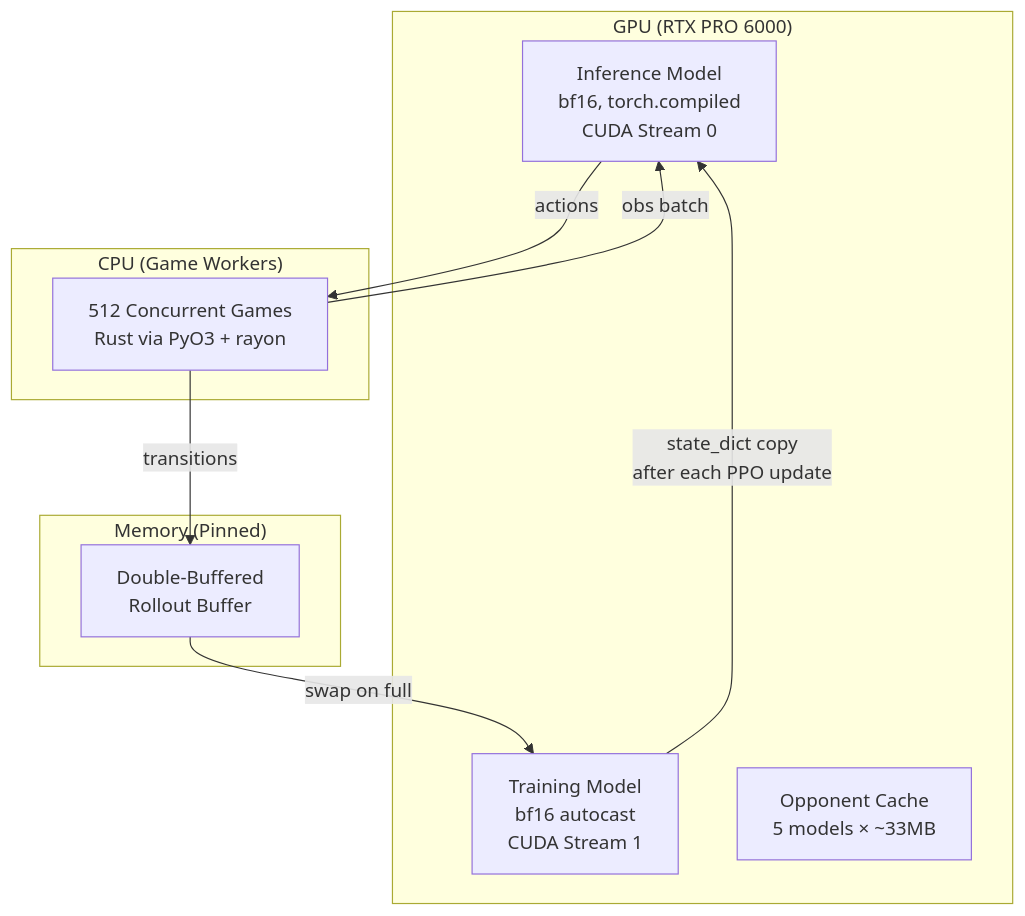
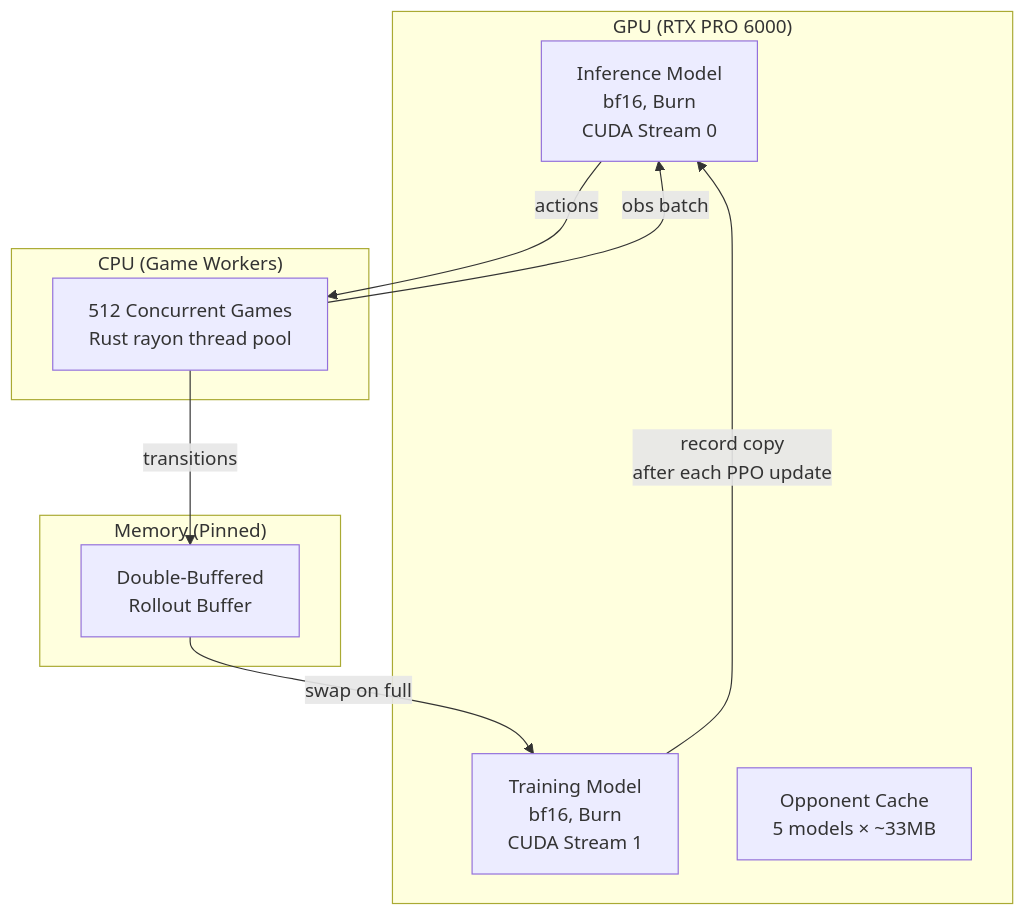
One commit to NikkeTryHard/hydra changed the fifth of 7 diagrams in research/INFRASTRUCTURE.md. Above: the diagram before and after it, drawn with Mermaid. The commit also changed other lines of this file and 6 other files, not shown here.

````diff
--- a/research/INFRASTRUCTURE.md
+++ b/research/INFRASTRUCTURE.md
@@ -631,22 +578,22 @@
 ```mermaid
 graph TB
     subgraph "GPU (RTX PRO 6000)"
-        INF[Inference Model<br/>bf16, torch.compiled<br/>CUDA Stream 0]
-        TRAIN[Training Model<br/>bf16 autocast<br/>CUDA Stream 1]
+        INF[Inference Model<br/>bf16, Burn<br/>CUDA Stream 0]
+        TRAIN[Training Model<br/>bf16, Burn<br/>CUDA Stream 1]
         POOL[Opponent Cache<br/>5 models × ~33MB]
     end
 
     subgraph "CPU (Game Workers)"
-        GW[512 Concurrent Games<br/>Rust via PyO3 + rayon]
+        GW[512 Concurrent Games<br/>Rust rayon thread pool]
     end
 
     subgraph "Memory (Pinned)"
         RB[Double-Buffered<br/>Rollout Buffer]
     end
 
     GW -->|obs batch| INF
     INF -->|actions| GW
     GW -->|transitions| RB
     RB -->|swap on full| TRAIN
-    TRAIN -->|state_dict copy<br/>after each PPO update| INF
+    TRAIN -->|record copy<br/>after each PPO update| INF
 ```
````
